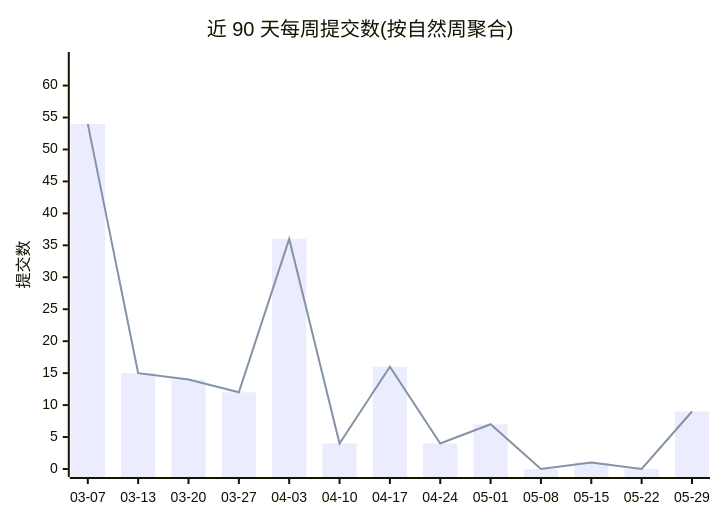
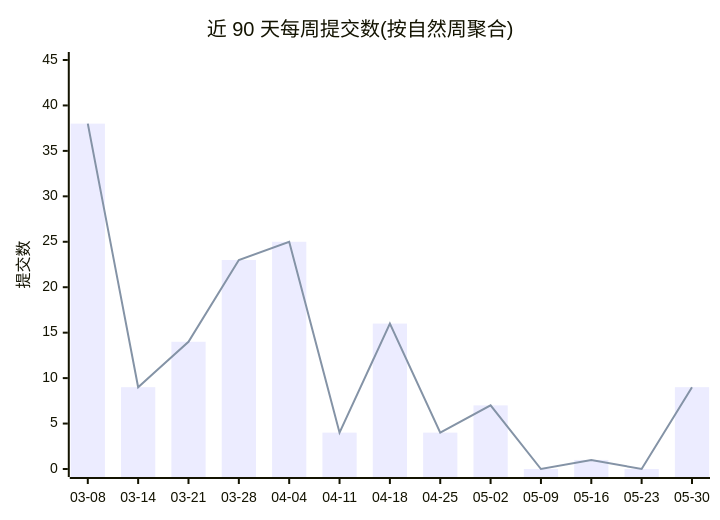
One commit to Conflux-Union/.github changed the first of 2 diagrams in profile/README.md. Above: the diagram before and after it, drawn with Mermaid. The commit also changed other lines of this file and 1 other file, not shown here.

Commit message:
chore(stats): refresh org commit stats

````diff
--- a/profile/README.md
+++ b/profile/README.md
@@ -44,8 +44,8 @@
 ```mermaid
 xychart-beta
     title "近 90 天每周提交数(按自然周聚合)"
-    x-axis ["03-07", "03-13", "03-20", "03-27", "04-03", "04-10", "04-17", "04-24", "05-01", "05-08", "05-15", "05-22", "05-29"]
-    y-axis "提交数" 0 --> 64
-    bar [54, 15, 14, 12, 36, 4, 16, 4, 7, 0, 1, 0, 9]
-    line [54, 15, 14, 12, 36, 4, 16, 4, 7, 0, 1, 0, 9]
+    x-axis ["03-08", "03-14", "03-21", "03-28", "04-04", "04-11", "04-18", "04-25", "05-02", "05-09", "05-16", "05-23", "05-30"]
+    y-axis "提交数" 0 --> 45
+    bar [38, 9, 14, 23, 25, 4, 16, 4, 7, 0, 1, 0, 9]
+    line [38, 9, 14, 23, 25, 4, 16, 4, 7, 0, 1, 0, 9]
 ```
````
